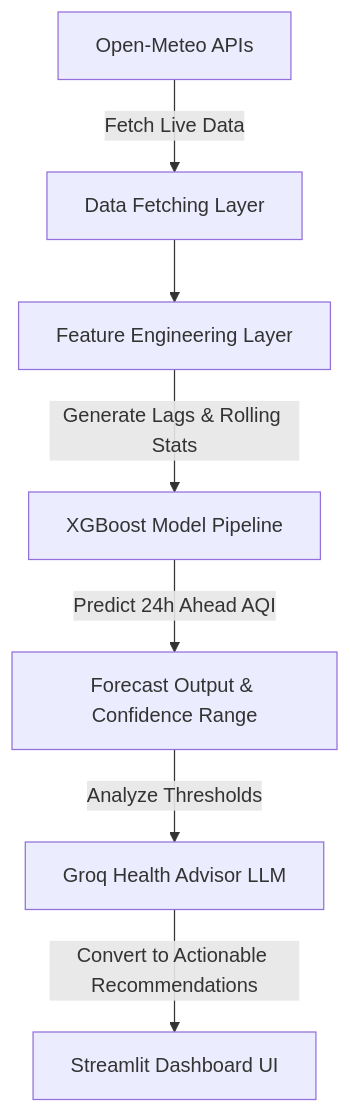
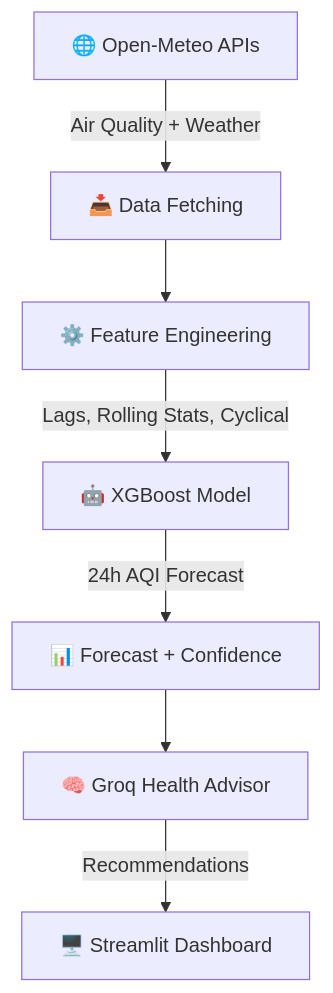
Before and after one commit to yach26/AQI-Forecast-Health-Advisor-Mumbai: the diagram in README.md, drawn with Mermaid. The commit also changed other lines of this file and 10 other files, not shown here.

````diff
--- a/README.md
+++ b/README.md
@@ -50,9 +54,9 @@
 ```mermaid
-graph TD
-    A[Open-Meteo APIs] -->|Fetch Live Data| B[Data Fetching Layer]
-    B --> C[Feature Engineering Layer]
-    C -->|Generate Lags & Rolling Stats| D[XGBoost Model Pipeline]
-    D -->|Predict 24h Ahead AQI| E[Forecast Output & Confidence Range]
-    E -->|Analyze Thresholds| F[Groq Health Advisor LLM]
-    F -->|Convert to Actionable Recommendations| G[Streamlit Dashboard UI]
+flowchart TD
+    A["🌐 Open-Meteo APIs"] -->|Air Quality + Weather| B["📥 Data Fetching"]
+    B --> C["⚙️ Feature Engineering"]
+    C -->|Lags, Rolling Stats, Cyclical| D["🤖 XGBoost Model"]
+    D -->|24h AQI Forecast| E["📊 Forecast + Confidence"]
+    E --> F["🧠 Groq Health Advisor"]
+    F -->|Recommendations| G["🖥️ Streamlit Dashboard"]
 ```
````
